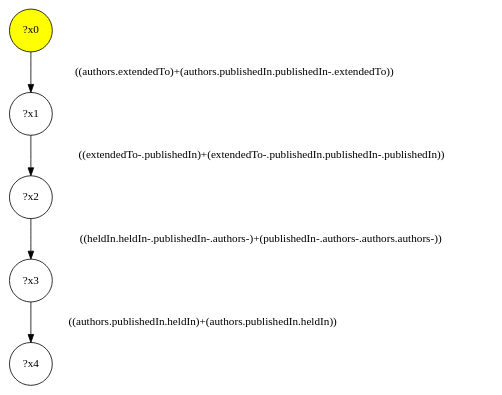
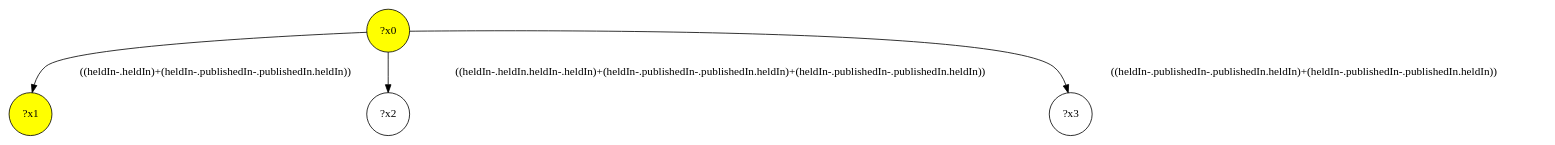
The diagram in demo/test-a/test-a-interface/query-19.dot (gbagan/gmark), drawn with Graphviz before and after one commit. The commit also changed 2835 other files, not shown here.

```diff
--- a/demo/test-a/test-a-interface/query-19.dot
+++ b/demo/test-a/test-a-interface/query-19.dot
@@ -1,11 +1,9 @@
 digraph g {
 	x0 [fillcolor="yellow", style="filled," shape=circle, label="?x0"];
-	x1 [shape=circle, label="?x1"];
-	x0 -> x1 [label="((authors.extendedTo)+(authors.publishedIn.publishedIn-.extendedTo))"];
+	x1 [fillcolor="yellow", style="filled," shape=circle, label="?x1"];
+	x0 -> x1 [label="((heldIn-.heldIn)+(heldIn-.publishedIn-.publishedIn.heldIn))"];
 	x2 [shape=circle, label="?x2"];
-	x1 -> x2 [label="((extendedTo-.publishedIn)+(extendedTo-.publishedIn.publishedIn-.publishedIn))"];
+	x0 -> x2 [label="((heldIn-.heldIn.heldIn-.heldIn)+(heldIn-.publishedIn-.publishedIn.heldIn)+(heldIn-.publishedIn-.publishedIn.heldIn))"];
 	x3 [shape=circle, label="?x3"];
-	x2 -> x3 [label="((heldIn.heldIn-.publishedIn-.authors-)+(publishedIn-.authors-.authors.authors-))"];
-	x4 [shape=circle, label="?x4"];
-	x3 -> x4 [label="((authors.publishedIn.heldIn)+(authors.publishedIn.heldIn))"];
+	x0 -> x3 [label="((heldIn-.publishedIn-.publishedIn.heldIn)+(heldIn-.publishedIn-.publishedIn.heldIn))"];
 }
```
